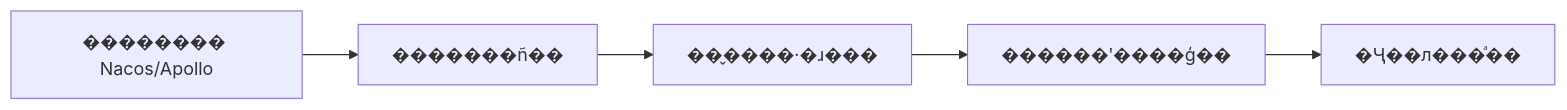
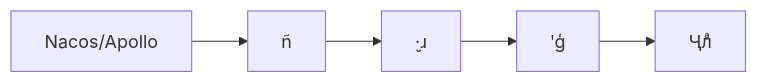
One commit to TimeHunter618/hugo-maid-code changed the fifth of 8 diagrams in content/post/ai-interview/SpringAI如何接入多种模型.zh-CN.md. Above: the diagram before and after it, drawn with Mermaid. The commit also changed other lines of this file and 55 other files, not shown here.

````diff
--- a/content/post/ai-interview/SpringAI如何接入多种模型.zh-CN.md
+++ b/content/post/ai-interview/SpringAI如何接入多种模型.zh-CN.md
@@ -524,7 +524,7 @@
 ```mermaid
 graph LR
-    A[�������� Nacos/Apollo] --> B[�������ñ��]
-    B --> C[��̬����·�ɹ���]
-    C --> D[������ʹ����ģ��]
-    D --> E[�Ҷ��л���ͣ��]
+    A[ Nacos/Apollo] --> B[ñ]
+    B --> C[̬·ɹ]
+    C --> D[ʹģ]
+    D --> E[Ҷлͣ]
 ```
````
